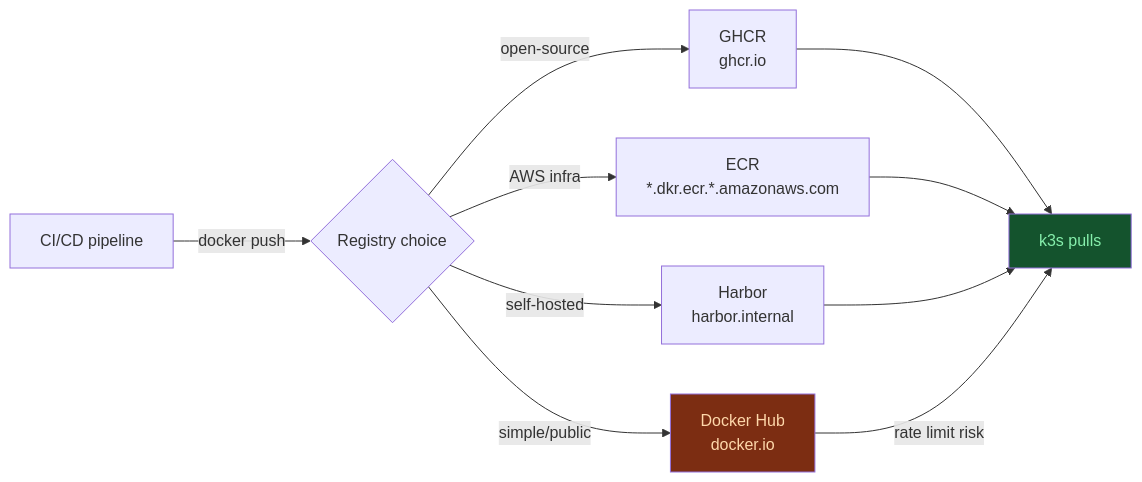
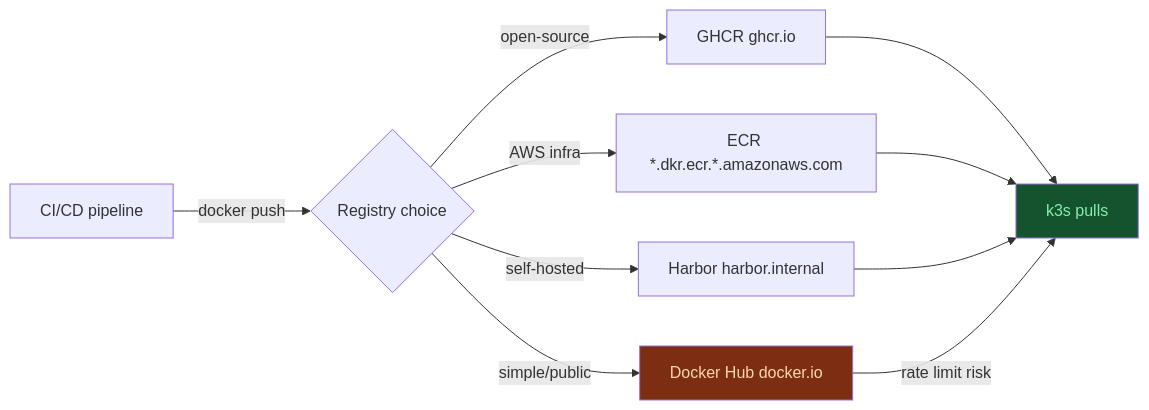
One commit to UncleJS/course_k3s changed the fourth of 6 diagrams in 17_docker_to_k3s/03_images_and_registries.md. Above: the diagram before and after it, drawn with Mermaid. The commit also changed other lines of this file and 57 other files, not shown here.

````diff
--- a/17_docker_to_k3s/03_images_and_registries.md
+++ b/17_docker_to_k3s/03_images_and_registries.md
@@ -214,14 +214,14 @@
 ```mermaid
 flowchart LR
     A[CI/CD pipeline] -->|docker push| B{Registry choice}
-    B -->|open-source| C[GHCR\nghcr.io]
-    B -->|AWS infra| D[ECR\n*.dkr.ecr.*.amazonaws.com]
-    B -->|self-hosted| E[Harbor\nharbor.internal]
-    B -->|simple/public| F[Docker Hub\ndocker.io]
+    B -->|open-source| C[GHCR ghcr.io]
+    B -->|AWS infra| D[ECR *.dkr.ecr.*.amazonaws.com]
+    B -->|self-hosted| E[Harbor harbor.internal]
+    B -->|simple/public| F[Docker Hub docker.io]
     C --> G[k3s pulls]
     D --> G
     E --> G
     F -->|rate limit risk| G
     style F fill:#7c2d12,color:#fed7aa
     style G fill:#14532d,color:#86efac
 ```
````
